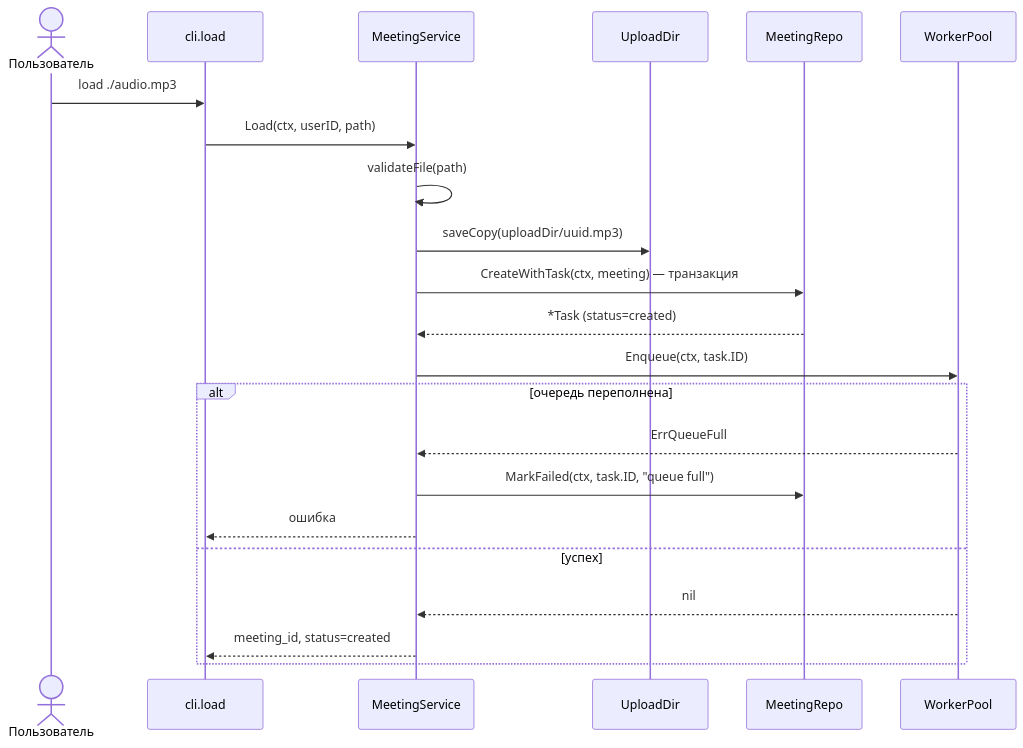
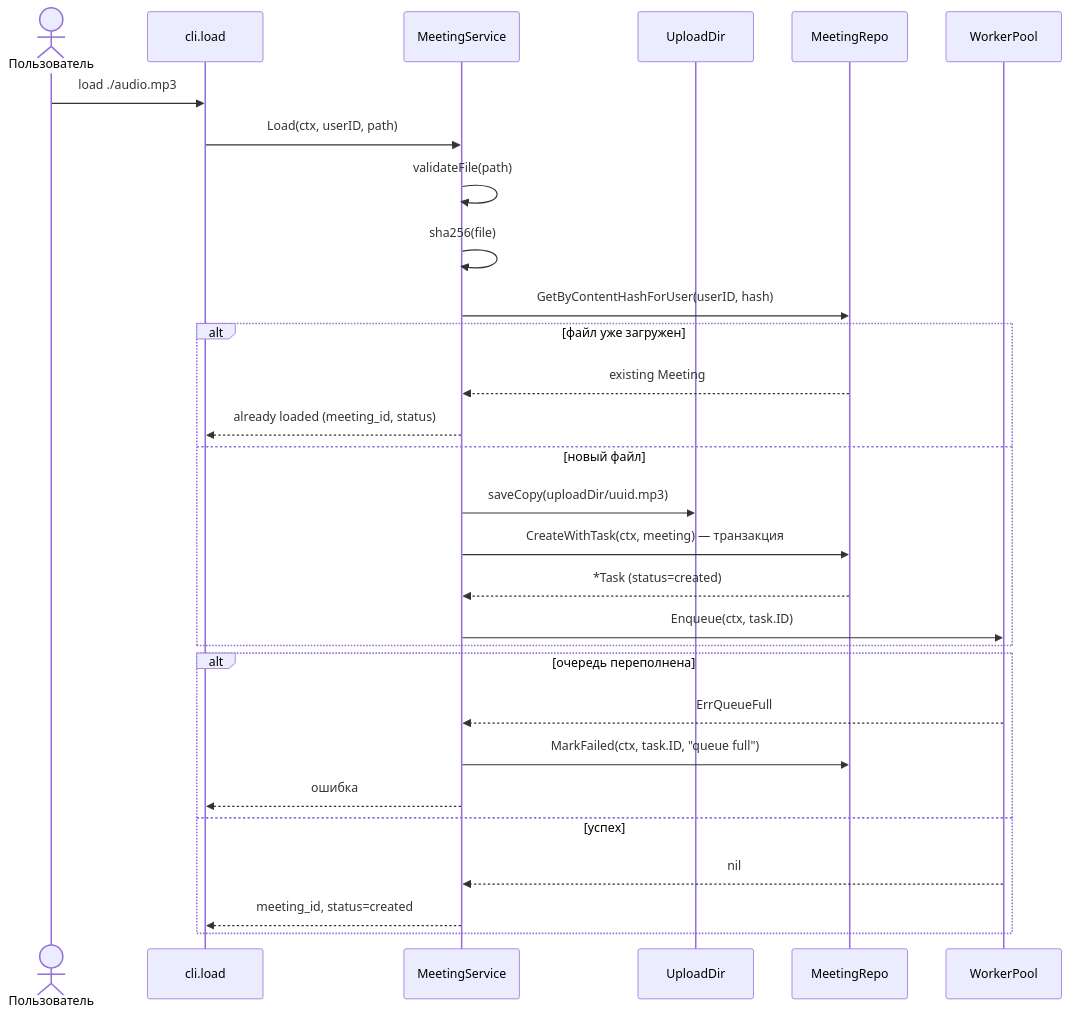
One commit to AlexeyKurlevsky/voice_assistant changed the third of 5 diagrams in docs/ARCHITECTURE.md. Above: the diagram before and after it, drawn with Mermaid. The commit also changed other lines of this file and 25 other files, not shown here.

````diff
--- a/docs/ARCHITECTURE.md
+++ b/docs/ARCHITECTURE.md
@@ -143,25 +143,32 @@
 ```mermaid
 sequenceDiagram
     actor U as Пользователь
     participant CLI as cli.load
     participant MS as MeetingService
     participant FS as UploadDir
     participant MR as MeetingRepo
     participant Q as WorkerPool
 
     U->>CLI: load ./audio.mp3
     CLI->>MS: Load(ctx, userID, path)
     MS->>MS: validateFile(path)
+    MS->>MS: sha256(file)
+    MS->>MR: GetByContentHashForUser(userID, hash)
+    alt файл уже загружен
+        MR-->>MS: existing Meeting
+        MS-->>CLI: already loaded (meeting_id, status)
+    else новый файл
     MS->>FS: saveCopy(uploadDir/uuid.mp3)
     MS->>MR: CreateWithTask(ctx, meeting) — транзакция
     MR-->>MS: *Task (status=created)
     MS->>Q: Enqueue(ctx, task.ID)
+    end
     alt очередь переполнена
         Q-->>MS: ErrQueueFull
         MS->>MR: MarkFailed(ctx, task.ID, "queue full")
         MS-->>CLI: ошибка
     else успех
         Q-->>MS: nil
         MS-->>CLI: meeting_id, status=created
     end
 ```
````
